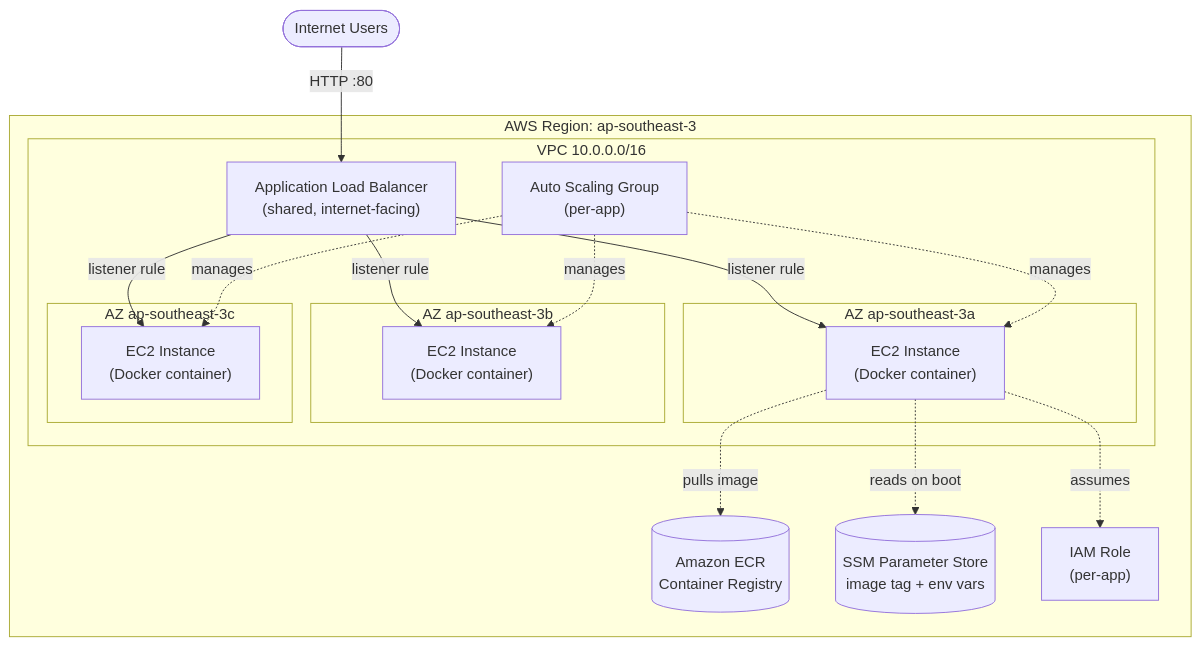
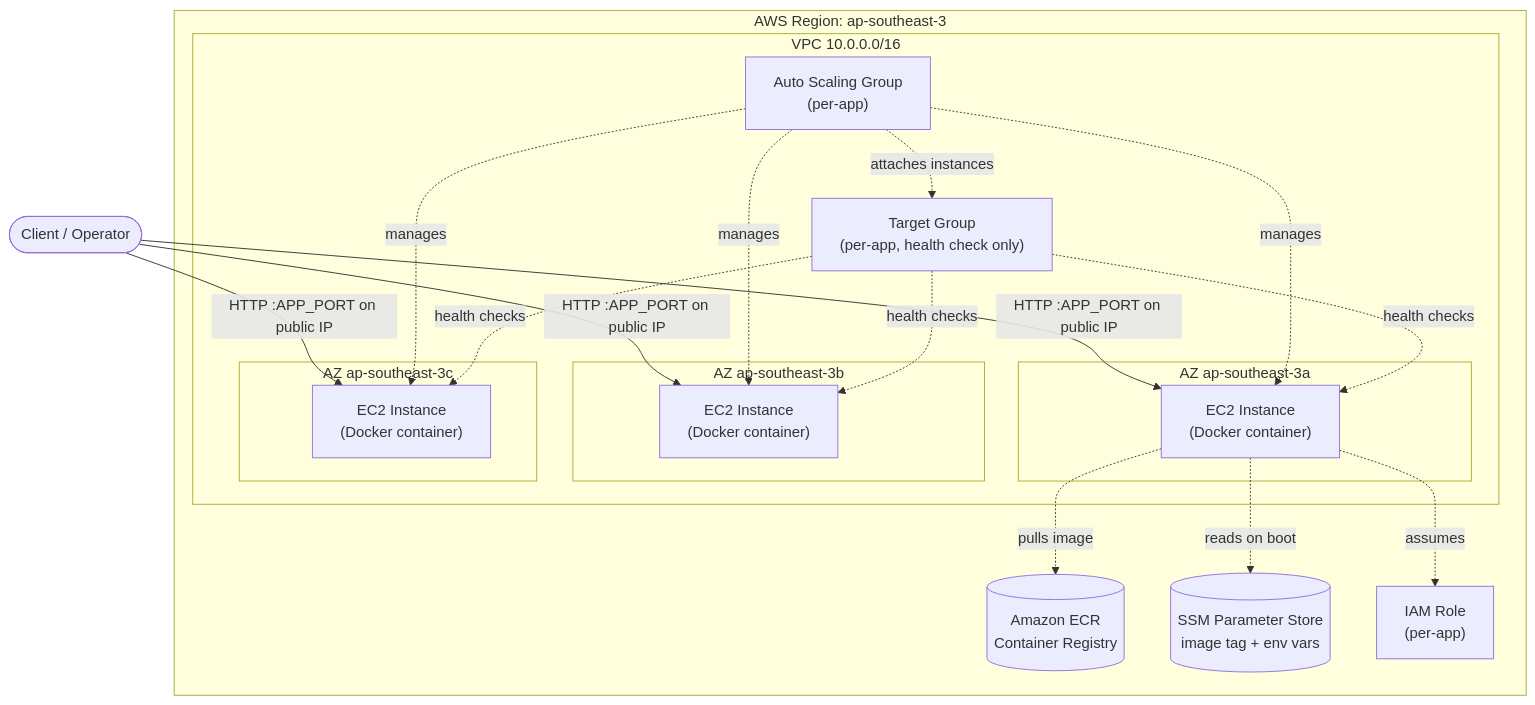
The first of 3 diagrams in docs/architecture-overview.md (roboticpuppies/aws-autoscaling-group-demo), drawn with Mermaid before and after one commit. The commit also changed other lines of this file and 17 other files, not shown here.

Commit message:
eliminate AWS ALB resources. Only use Target Group

````diff
--- a/docs/architecture-overview.md
+++ b/docs/architecture-overview.md
@@ -18,39 +20,42 @@
 ```mermaid
 flowchart TB
-    Internet([Internet Users])
+    Client([Client / Operator])
 
     subgraph AWS["AWS Region: ap-southeast-3"]
         subgraph VPC["VPC 10.0.0.0/16"]
-            ALB["Application Load Balancer<br/>(shared, internet-facing)"]
-
             subgraph AZa["AZ ap-southeast-3a"]
                 EC2a["EC2 Instance<br/>(Docker container)"]
             end
             subgraph AZb["AZ ap-southeast-3b"]
                 EC2b["EC2 Instance<br/>(Docker container)"]
             end
             subgraph AZc["AZ ap-southeast-3c"]
                 EC2c["EC2 Instance<br/>(Docker container)"]
             end
 
             ASG["Auto Scaling Group<br/>(per-app)"]
+            TG["Target Group<br/>(per-app, health check only)"]
         end
 
         ECR[("Amazon ECR<br/>Container Registry")]
         SSM[("SSM Parameter Store<br/>image tag + env vars")]
         IAM["IAM Role<br/>(per-app)"]
     end
 
-    Internet -->|HTTP :80| ALB
-    ALB -->|listener rule| EC2a
-    ALB -->|listener rule| EC2b
-    ALB -->|listener rule| EC2c
+    Client -->|HTTP :APP_PORT on public IP| EC2a
+    Client -->|HTTP :APP_PORT on public IP| EC2b
+    Client -->|HTTP :APP_PORT on public IP| EC2c
 
     ASG -.manages.-> EC2a
     ASG -.manages.-> EC2b
     ASG -.manages.-> EC2c
 
+    ASG -.attaches instances.-> TG
+    TG -.health checks.-> EC2a
+    TG -.health checks.-> EC2b
+    TG -.health checks.-> EC2c
+
     EC2a -.reads on boot.-> SSM
     EC2a -.pulls image.-> ECR
     EC2a -.assumes.-> IAM
 ```
````
